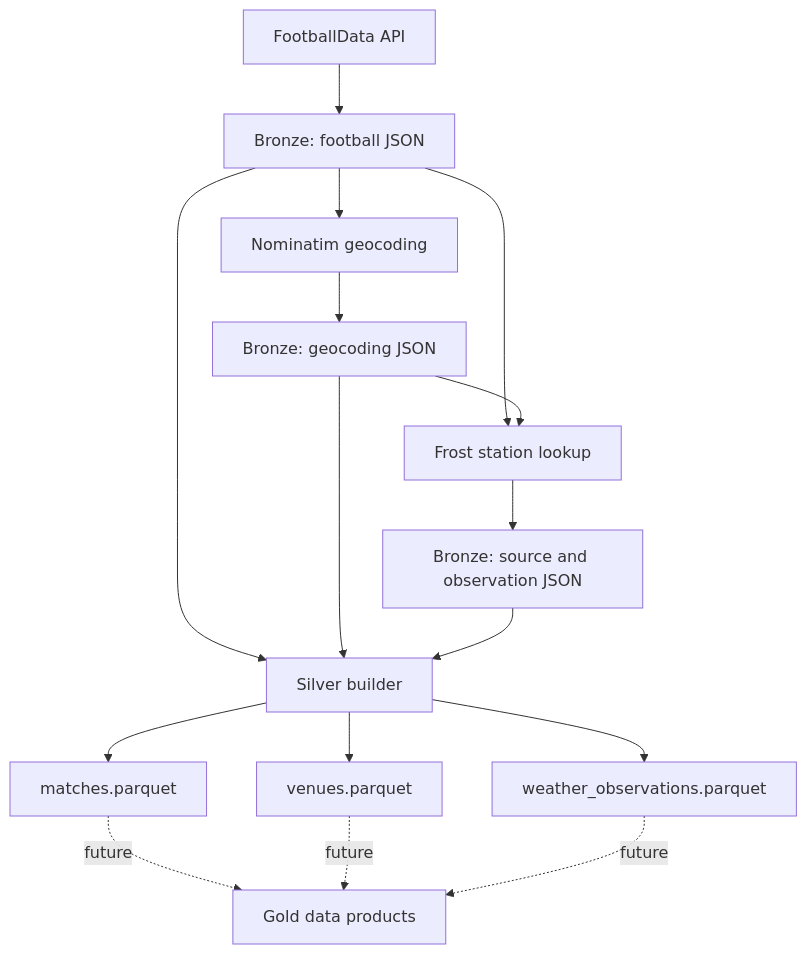
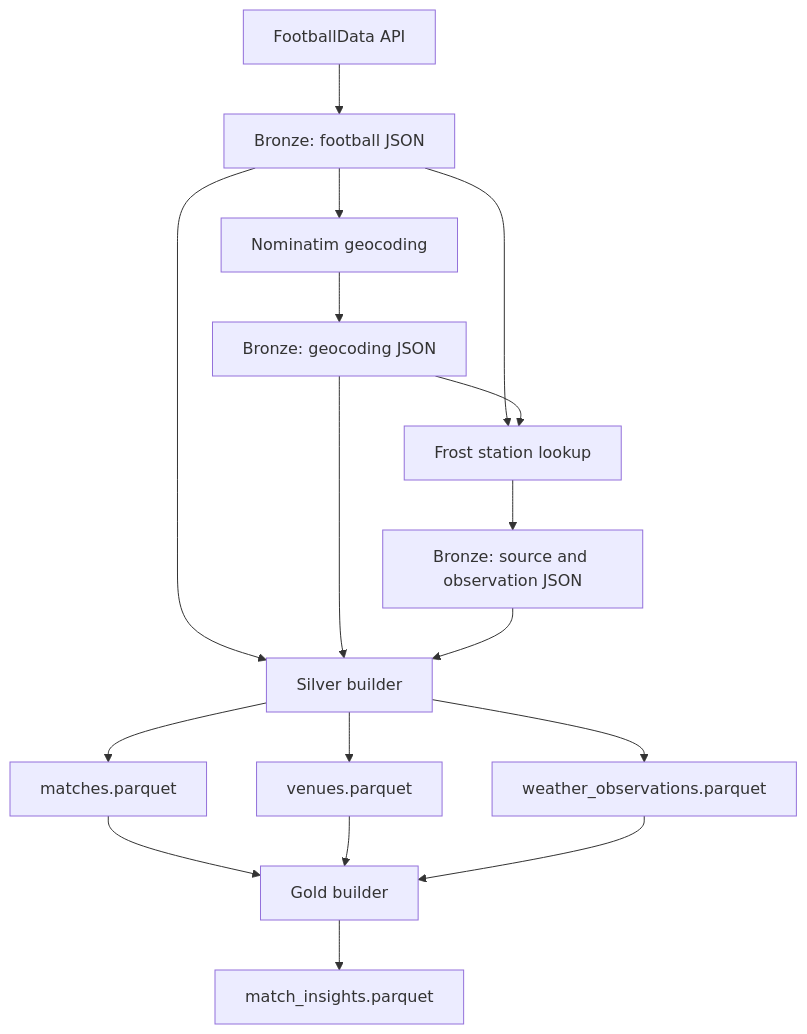
The diagram in README.md (NilsenTommy/club-data-platform), drawn with Mermaid before and after one commit. The commit also changed other lines of this file and 6 other files, not shown here.

First line of the commit message:
Add Gold builder, schema and tests

````diff
--- a/README.md
+++ b/README.md
@@ -34,18 +36,19 @@
 ```mermaid
 flowchart TD
 		FD[FootballData API] --> BF[Bronze: football JSON]
 		BF --> N[Nominatim geocoding]
 		N --> BG[Bronze: geocoding JSON]
 		BF --> F[Frost station lookup]
 		BG --> F
 		F --> BW[Bronze: source and observation JSON]
 		BF --> S[Silver builder]
 		BG --> S
 		BW --> S
 		S --> SM[matches.parquet]
 		S --> SV[venues.parquet]
 		S --> SW[weather_observations.parquet]
-		SM -. future .-> G[Gold data products]
-		SV -. future .-> G
-		SW -. future .-> G
+		SM --> G[Gold builder]
+		SV --> G
+		SW --> G
+		G --> GM[match_insights.parquet]
 ```
````
